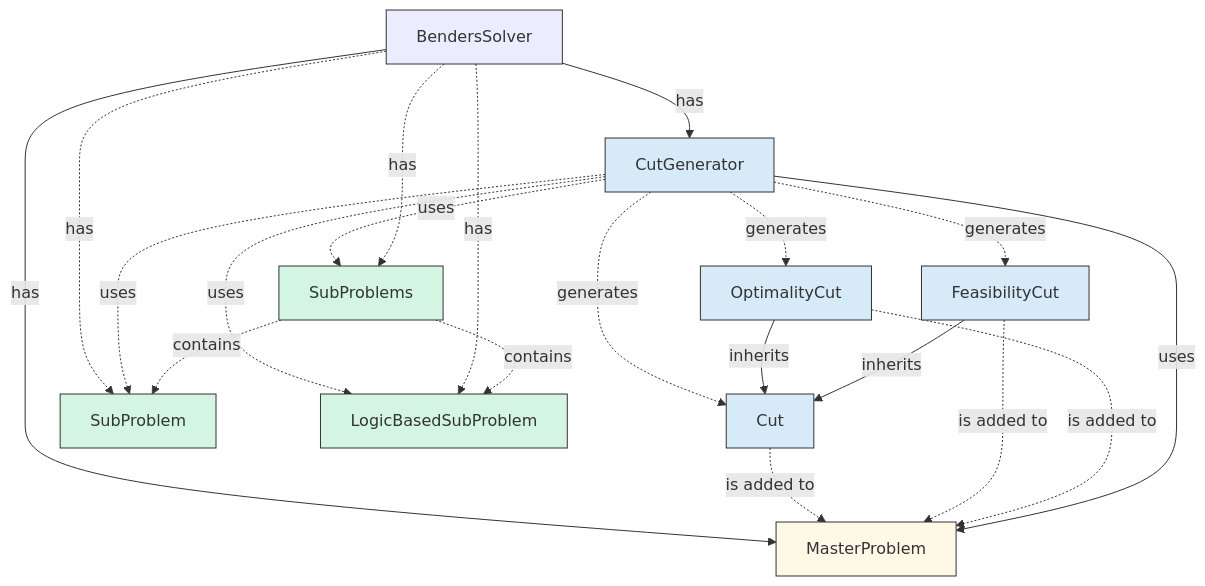
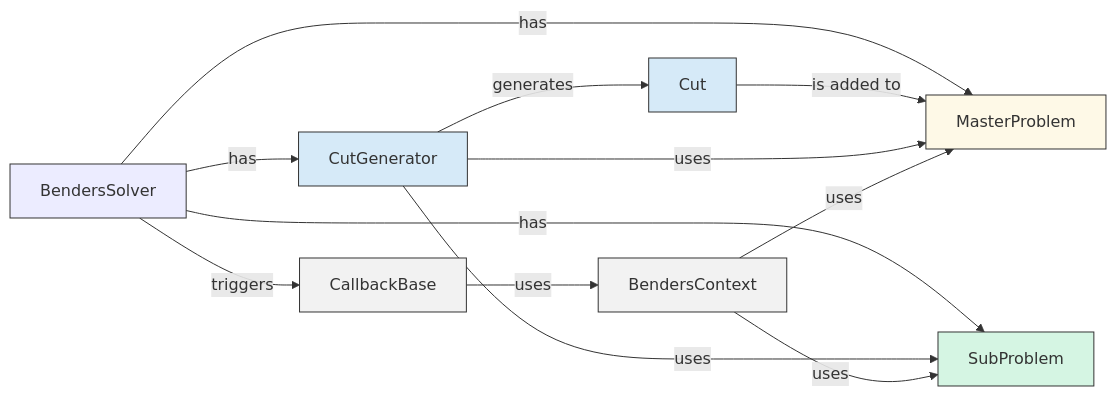
Before and after one commit to sharabhshukla/BendersLib: the diagram in docs/source/api/index.rst, drawn with Mermaid. The commit also changed other lines of this file, not shown here.

Commit message:
docs(api): simplify class diagram

```diff
--- a/docs/source/api/index.rst
+++ b/docs/source/api/index.rst
@@ -12,38 +14,29 @@
 .. mermaid::
     :caption: BendersLib Core Classes
     :align: center
 
-    flowchart TB
+    flowchart LR
 
     style Cut fill:#D6EAF8,stroke:#333,stroke-width:1px
-    style OptimalityCut fill:#D6EAF8,stroke:#333,stroke-width:1px
-    style FeasibilityCut fill:#D6EAF8,stroke:#333,stroke-width:1px
     style CutGenerator fill:#D6EAF8,stroke:#333,stroke-width:1px
 
     style SubProblem fill:#D5F5E3,stroke:#333,stroke-width:1px
-    style SubProblems fill:#D5F5E3,stroke:#333,stroke-width:1px
-    style LogicBasedSubProblem fill:#D5F5E3,stroke:#333,stroke-width:1px
 
     style MasterProblem fill:#FEF9E7,stroke:#333,stroke-width:1px
     style BendersSolver stroke:#333,stroke-width:1px
 
+    style CallbackBase fill:#f2f2f2,stroke:#333,stroke-width:1px
+    style BendersContext fill:#f2f2f2,stroke:#333,stroke-width:1px
+
     BendersSolver -- "has" --> MasterProblem
-    BendersSolver -. "has" .-> SubProblem
+    BendersSolver -- "has" --> SubProblem
     BendersSolver -- "has" --> CutGenerator
-    Cut -. "is added to" .-> MasterProblem
-    FeasibilityCut -. "is added to" .-> MasterProblem
-    OptimalityCut -. "is added to" .-> MasterProblem
-    CutGenerator -. "generates" .-> Cut
-    CutGenerator -. "generates" .-> OptimalityCut
-    CutGenerator -. "generates" .-> FeasibilityCut
-    CutGenerator -. "uses" .-> SubProblem
-    CutGenerator -. "uses" .-> SubProblems
-    CutGenerator -. "uses" .-> LogicBasedSubProblem
+    Cut -- "is added to" --> MasterProblem
+    CutGenerator -- "generates" --> Cut
+    CutGenerator -- "uses" --> SubProblem
     CutGenerator -- "uses" --> MasterProblem
-    OptimalityCut -- "inherits" --> Cut
-    FeasibilityCut -- "inherits" --> Cut
 
-    BendersSolver -. "has" .-> SubProblems
-    BendersSolver -. "has" .-> LogicBasedSubProblem
-    SubProblems -. "contains" .-> SubProblem
-    SubProblems -. "contains" .-> LogicBasedSubProblem
+    BendersSolver -- "triggers" --> CallbackBase
+    CallbackBase -- "uses" --> BendersContext
+    BendersContext -- "uses" --> MasterProblem
+    BendersContext -- "uses" --> SubProblem
```
